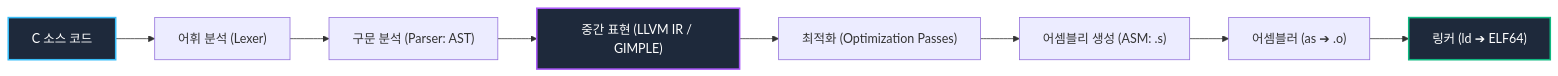
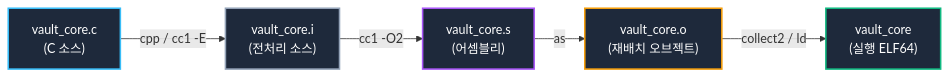
One commit to auking45/linux-kernel-hardening-lab changed the diagram in docs/ko/principles/06-compilation-and-elf.md. Above: the diagram before and after it, drawn with Mermaid. The commit also changed other lines of this file and 44 other files, not shown here.

````diff
--- a/docs/ko/principles/06-compilation-and-elf.md
+++ b/docs/ko/principles/06-compilation-and-elf.md
@@ -30,14 +30,13 @@
 ```mermaid
 flowchart LR
-    A["C 소스 코드"] --> B["어휘 분석 (Lexer)"]
-    B --> C["구문 분석 (Parser: AST)"]
-    C --> D["중간 표현 (LLVM IR / GIMPLE)"]
-    D --> E["최적화 (Optimization Passes)"]
-    E --> F["어셈블리 생성 (ASM: .s)"]
-    F --> G["어셈블러 (as ➔ .o)"]
-    G --> H["링커 (ld ➔ ELF64)"]
+    A["vault_core.c<br/>(C 소스)"] -->|cpp / cc1 -E| B["vault_core.i<br/>(전처리 소스)"]
+    B -->|cc1 -O2| C["vault_core.s<br/>(어셈블리)"]
+    C -->|as| D["vault_core.o<br/>(재배치 오브젝트)"]
+    D -->|collect2 / ld| E["vault_core<br/>(실행 ELF64)"]
 
     style A fill:#1e293b,stroke:#38bdf8,stroke-width:2px,color:#fff
-    style D fill:#1e293b,stroke:#a855f7,stroke-width:2px,color:#fff
-    style H fill:#1e293b,stroke:#10b981,stroke-width:2px,color:#fff
+    style B fill:#1e293b,stroke:#94a3b8,stroke-width:2px,color:#fff
+    style C fill:#1e293b,stroke:#a855f7,stroke-width:2px,color:#fff
+    style D fill:#1e293b,stroke:#f59e0b,stroke-width:2px,color:#fff
+    style E fill:#1e293b,stroke:#10b981,stroke-width:2px,color:#fff
 ```
````
